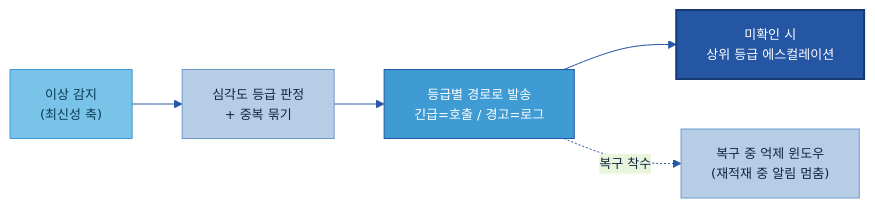
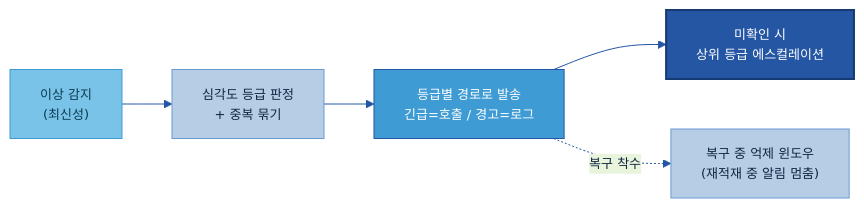
The third of 5 diagrams in 가이드 작성/C-1 Observability/C-1 Observability.md (jin-kearney/ai-ready-data-manual), drawn with Mermaid before and after one commit. The commit also changed other lines of this file, not shown here.

````diff
--- a/가이드 작성/C-1 Observability/C-1 Observability.md
+++ b/가이드 작성/C-1 Observability/C-1 Observability.md
@@ -333,15 +333,15 @@
 ```mermaid
 %%{init: {'theme':'base','themeVariables':{'primaryColor':'#DCE8F5','primaryBorderColor':'#2456A4','primaryTextColor':'#10243f','lineColor':'#2456A4','fontSize':'13px'}}}%%
 flowchart LR
-    D["이상 감지<br/>(최신성 축)"]:::src
+    D["이상 감지<br/>(최신성)"]:::src
     G["심각도 등급 판정<br/>+ 중복 묶기"]:::n
     R["등급별 경로로 발송<br/>긴급=호출 / 경고=로그"]:::gate
     E["미확인 시<br/>상위 등급 에스컬레이션"]:::cat
     S["복구 중 억제 윈도우<br/>(재적재 중 알림 멈춤)"]:::n
     D --> G --> R --> E
     R -.복구 착수.-> S
     classDef n fill:#B7CDE6,stroke:#6B9AD1,color:#10243f;
     classDef src fill:#79C3E8,stroke:#3F9BD4,color:#0b3a52;
     classDef gate fill:#3F9BD4,stroke:#2456A4,color:#fff;
     classDef cat fill:#2456A4,color:#fff,stroke:#163a73,stroke-width:2px;
 ```
````
